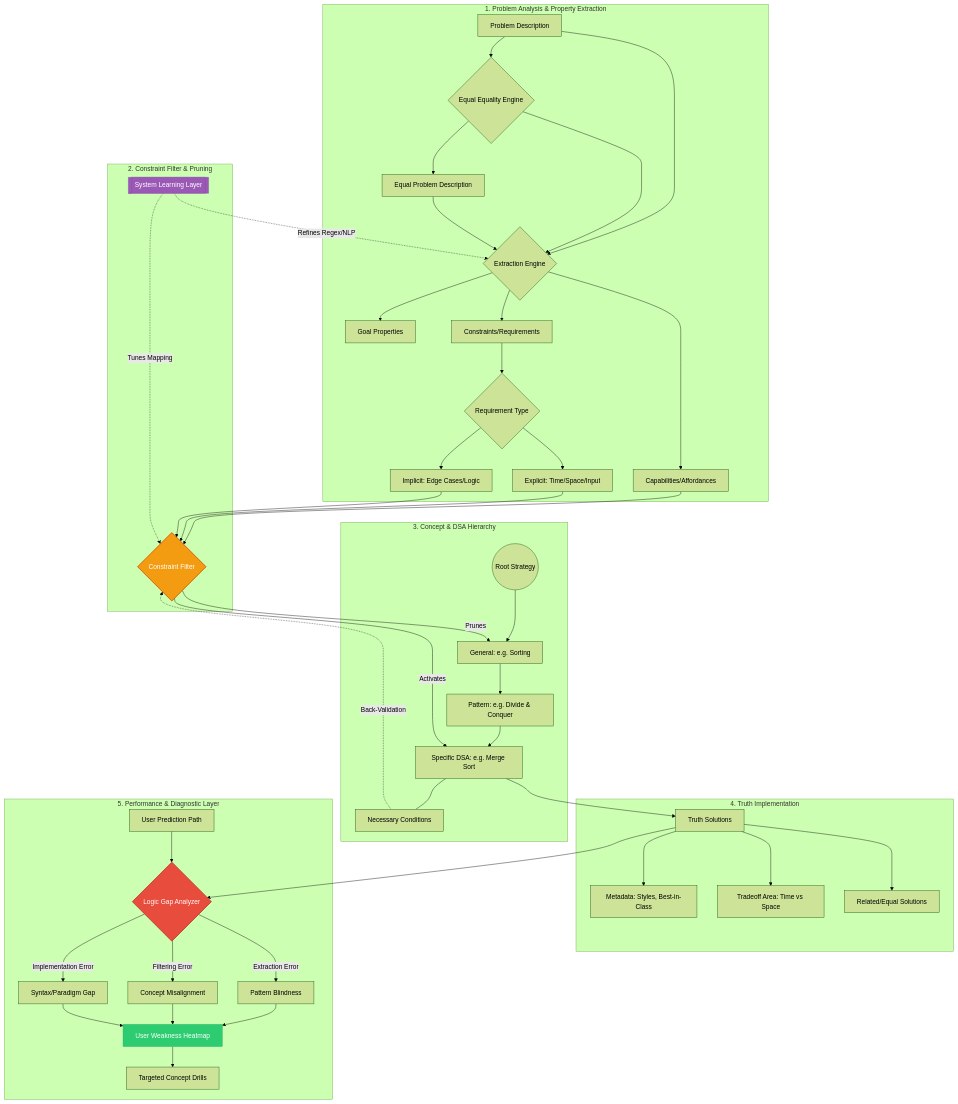
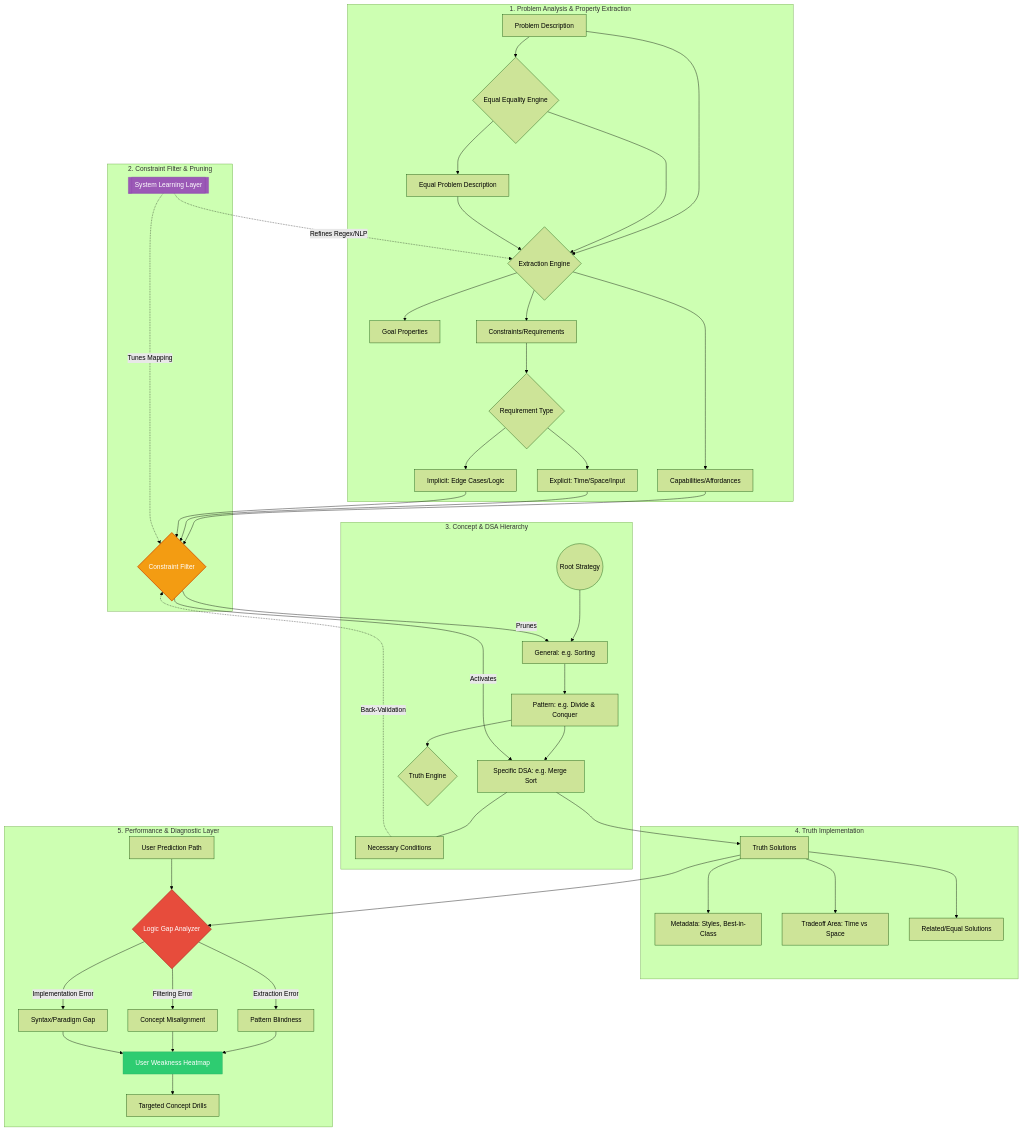
One commit to tbrumbaugh5396/another_code_trainer changed the diagram in README.md. Above: the diagram before and after it, drawn with Mermaid (forest theme). The commit also changed 1 other file, not shown here.

````diff
--- a/README.md
+++ b/README.md
@@ -1,71 +1,73 @@
 ```mermaid
 graph TD
     %% --- LAYER 1: DATA INGESTION & FEATURE EXTRACTION ---
     subgraph Ingestion_Layer [1. Problem Analysis & Property Extraction]
         P_Raw[Problem Description]         --> P_Analytic{Extraction Engine}
         P_Raw                              --> Equality_Engine{Equal Equality Engine}
         
         Equality_Engine                    --> P_Raw_Equal[Equal Problem Description]
         
 
         P_Analytic                         --> P_Goal[Goal Properties]
         P_Analytic                         --> P_Cap[Capabilities/Affordances]
         P_Analytic                         --> P_Con[Constraints/Requirements]
         
         P_Con                              --> Req_Type{Requirement Type}
         Req_Type                           --> Req_Exp[Explicit: Time/Space/Input]
         Req_Type                           --> Req_Imp[Implicit: Edge Cases/Logic]
 
         Equality_Engine                    --> P_Analytic
         P_Raw_Equal                        --> P_Analytic
     end
 
     %% --- LAYER 2: THE INTERMEDIATE LOGIC GATE ---
     subgraph Logic_Gate [2. Constraint Filter & Pruning]
         P_Cap & Req_Exp & Req_Imp          --> CF_Gate{Constraint Filter}
         
         %% Component Learning (System)
         Sys_Learn[[System Learning Layer]] -.->|Refines Regex/NLP| P_Analytic
         Sys_Learn                          -.->|Tunes Mapping| CF_Gate
     end
 
     %% --- LAYER 3: CONCEPTUAL TAXONOMY (The Tree) ---
     subgraph Concept_Hierarchy [3. Concept & DSA Hierarchy]
         C_Root((Root Strategy))            --> C_General[General: e.g. Sorting]
         C_General                          --> C_Pattern[Pattern: e.g. Divide & Conquer]
         C_Pattern                          --> C_DSA[Specific DSA: e.g. Merge Sort]
         
         CF_Gate                            -->|Prunes| C_General
         CF_Gate                            -->|Activates| C_DSA
         
         C_DSA                              --- C_Nec[Necessary Conditions]
         C_Nec                              -.->|Back-Validation| CF_Gate
+
+        C_Pattern                          --> Truth_Engine{Truth Engine}
     end
 
     %% --- LAYER 4: SOLUTION OUTCOMES ---
     subgraph Solution_Outcomes [4. Truth Implementation]
         C_DSA                              --> T_Sol[Truth Solutions]
         T_Sol                              --> S_Meta[Metadata: Styles, Best-in-Class]
         T_Sol                              --> S_Trade[Tradeoff Area: Time vs Space]
         T_Sol                              --> S_Rel[Related/Equal Solutions]
     end
 
     %% --- LAYER 5: THE USER LEARNING LAYER (The Performance Tracker) ---
     subgraph User_Learning [5. Performance & Diagnostic Layer]
         User_Input[User Prediction Path]   --> Compare{Logic Gap Analyzer}
         T_Sol                              --> Compare
         
         Compare                            -->|Extraction Error| D_Pattern[Pattern Blindness]
         Compare                            -->|Filtering Error| D_Logic[Concept Misalignment]
         Compare                            -->|Implementation Error| D_Skill[Syntax/Paradigm Gap]
         
         D_Pattern & D_Logic & D_Skill      --> Heatmap[User Weakness Heatmap]
         Heatmap                            --> Recommendation[Targeted Concept Drills]
     end
 
     %% Styling
     style CF_Gate fill:#f39c12,stroke:#d35400,stroke-width:2px,color:#fff
     style Sys_Learn fill:#9b59b6,stroke:#8e44ad,color:#fff
     style Compare fill:#e74c3c,stroke:#c0392b,stroke-width:2px,color:#fff
     style Heatmap fill:#2ecc71,stroke:#27ae60,color:#fff
 ```
````
